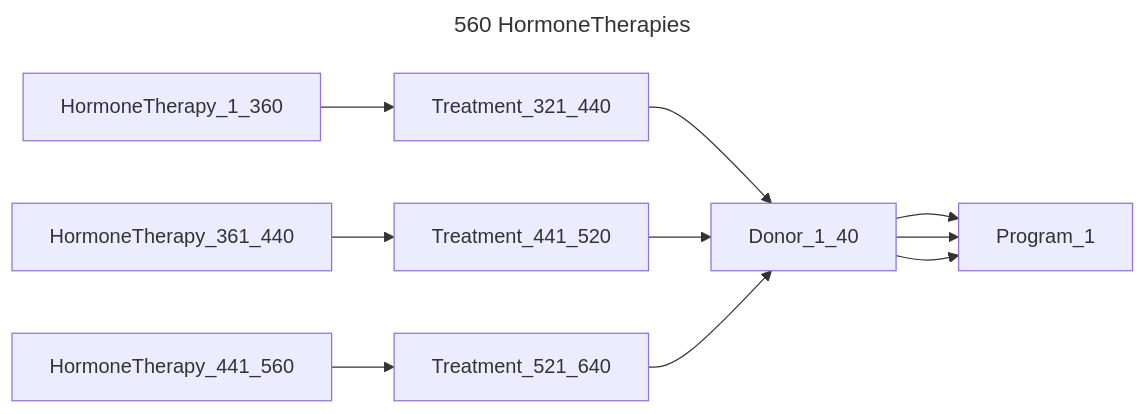
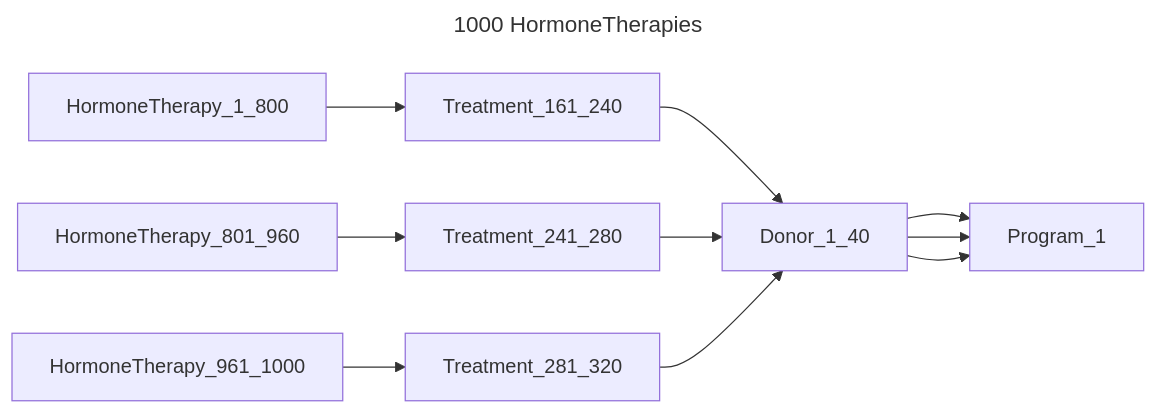
Before and after one commit to bento-platform/katsu: the seventh of 14 diagrams in chord_metadata_service/mohpackets/data/medium_dataset/README.md, drawn with Mermaid. The commit also changed other lines of this file, not shown here.

````diff
--- a/chord_metadata_service/mohpackets/data/medium_dataset/README.md
+++ b/chord_metadata_service/mohpackets/data/medium_dataset/README.md
@@ -83,10 +83,9 @@
 ```mermaid
 ---
-title: 560 HormoneTherapies
+title: 1000 HormoneTherapies
 ---
 graph LR;  
-  HormoneTherapy_1_360 --> Treatment_321_440 --> Donor_1_40 --> Program_1;  
-  HormoneTherapy_361_440 --> Treatment_441_520 --> Donor_1_40 --> Program_1;  
-  HormoneTherapy_441_560 --> Treatment_521_640 --> Donor_1_40 --> Program_1;  
-
+  HormoneTherapy_1_800 --> Treatment_161_240 --> Donor_1_40 --> Program_1;  
+  HormoneTherapy_801_960 --> Treatment_241_280 --> Donor_1_40 --> Program_1;  
+  HormoneTherapy_961_1000 --> Treatment_281_320 --> Donor_1_40 --> Program_1;
 ```
````
